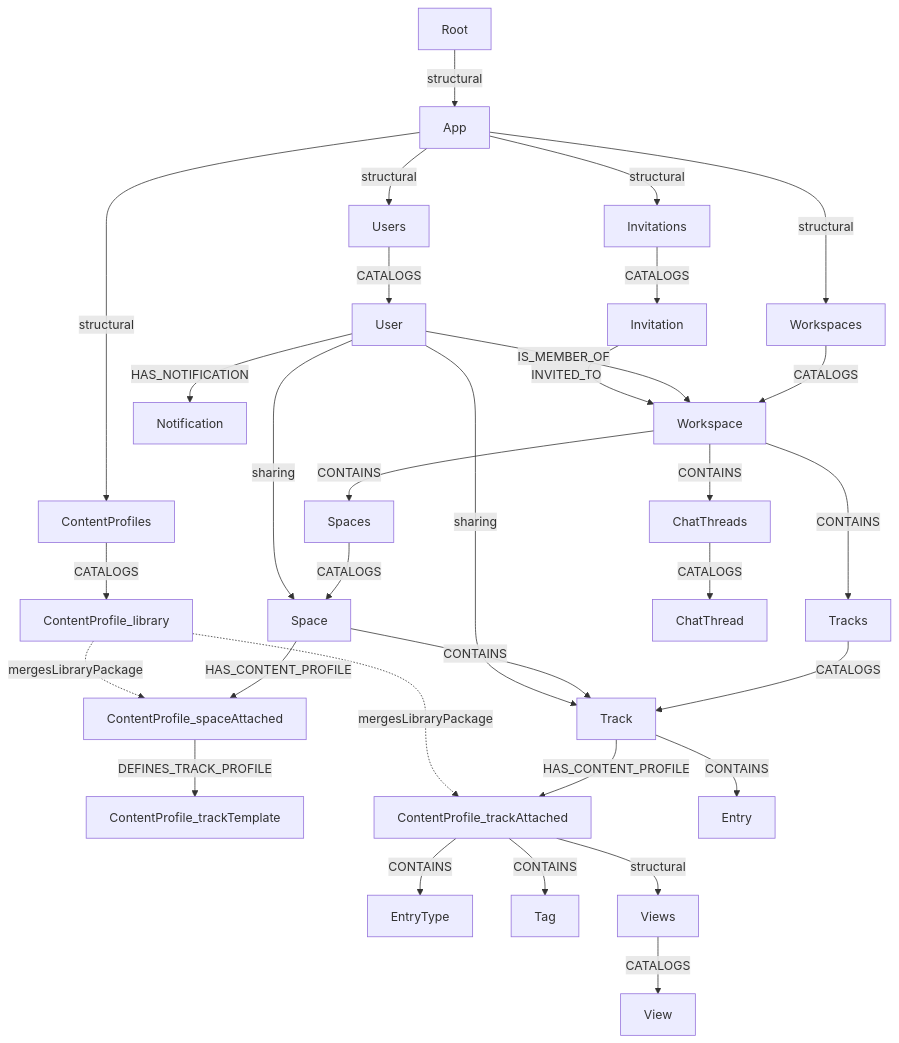
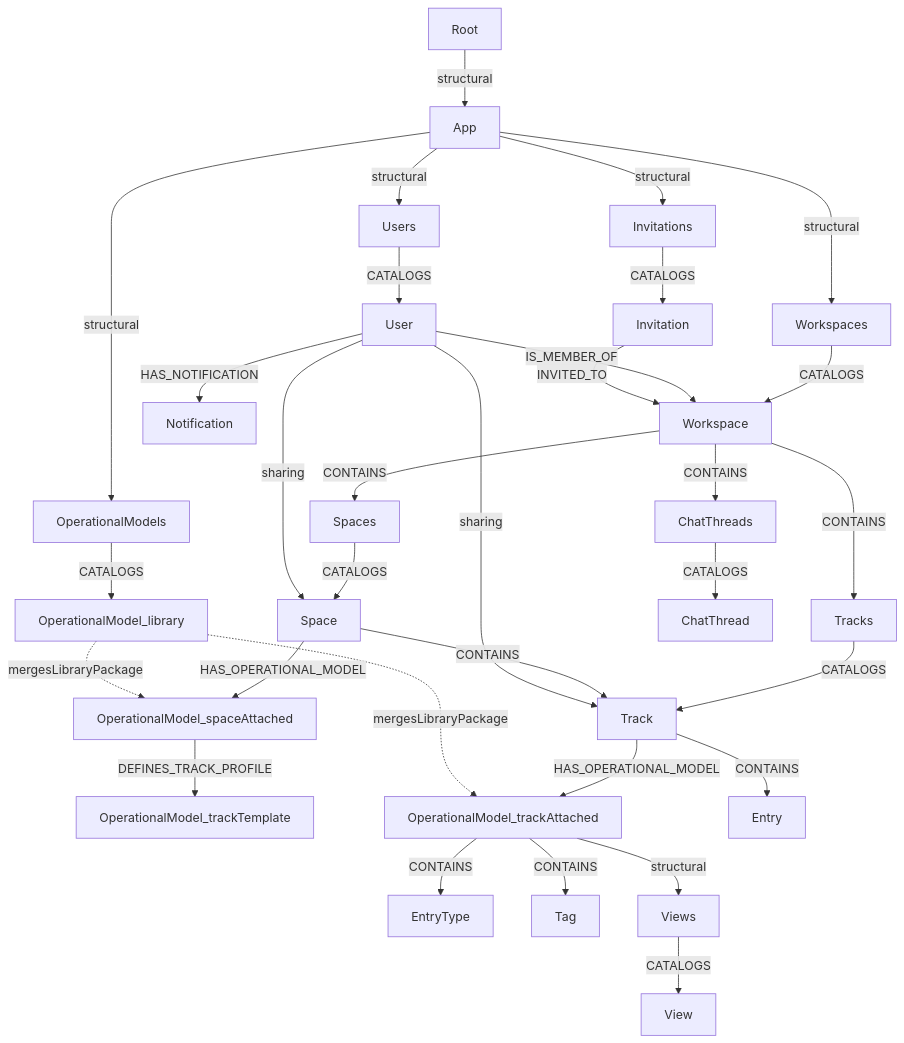
Before and after one commit to V75inc/integral-core: the first of 2 diagrams in docs/product/ARCHITECTURE.md, drawn with Mermaid. The commit also changed other lines of this file and 607 other files, not shown here.

Commit message:
refactor: hard cut over to operational models

````diff
--- a/docs/product/ARCHITECTURE.md
+++ b/docs/product/ARCHITECTURE.md
@@ -104,40 +104,40 @@
 ```mermaid
 flowchart TB
   Root[Root]
   App[App]
   UsersReg[Users]
   WorkspacesReg[Workspaces]
   InvitationsReg[Invitations]
-  ProfilesReg[ContentProfiles]
+  ProfilesReg[OperationalModels]
   Root -->|structural| App
   App -->|structural| UsersReg
   App -->|structural| WorkspacesReg
   App -->|structural| InvitationsReg
   App -->|structural| ProfilesReg
-  ProfilesReg -->|CATALOGS| CPLib[ContentProfile_library]
+  ProfilesReg -->|CATALOGS| CPLib[OperationalModel_library]
   UsersReg -->|CATALOGS| U[User]
   WorkspacesReg -->|CATALOGS| W[Workspace]
   InvitationsReg -->|CATALOGS| Inv[Invitation]
   W -->|CONTAINS| WS[Spaces]
   W -->|CONTAINS| WT[Tracks]
   W -->|CONTAINS| WCT[ChatThreads]
   WS -->|CATALOGS| S[Space]
   WT -->|CATALOGS| Tn[Track]
   WCT -->|CATALOGS| CT[ChatThread]
   S -->|CONTAINS| Tn
-  S -->|HAS_CONTENT_PROFILE| Scp[ContentProfile_spaceAttached]
-  Scp -->|DEFINES_TRACK_PROFILE| Cptpl[ContentProfile_trackTemplate]
-  Tn -->|HAS_CONTENT_PROFILE| Tcp[ContentProfile_trackAttached]
+  S -->|HAS_OPERATIONAL_MODEL| Scp[OperationalModel_spaceAttached]
+  Scp -->|DEFINES_TRACK_PROFILE| Cptpl[OperationalModel_trackTemplate]
+  Tn -->|HAS_OPERATIONAL_MODEL| Tcp[OperationalModel_trackAttached]
   Tn -->|CONTAINS| E[Entry]
   Tcp -->|CONTAINS| ET[EntryType]
   Tcp -->|CONTAINS| TG[Tag]
   Tcp -->|structural| Vreg[Views]
   Vreg -->|CATALOGS| V[View]
   CPLib -.->|mergesLibraryPackage| Scp
   CPLib -.->|mergesLibraryPackage| Tcp
   U -->|sharing| S
   U -->|sharing| Tn
   U -->|HAS_NOTIFICATION| N[Notification]
   U -->|IS_MEMBER_OF| W
   Inv -->|INVITED_TO| W
 ```
````
